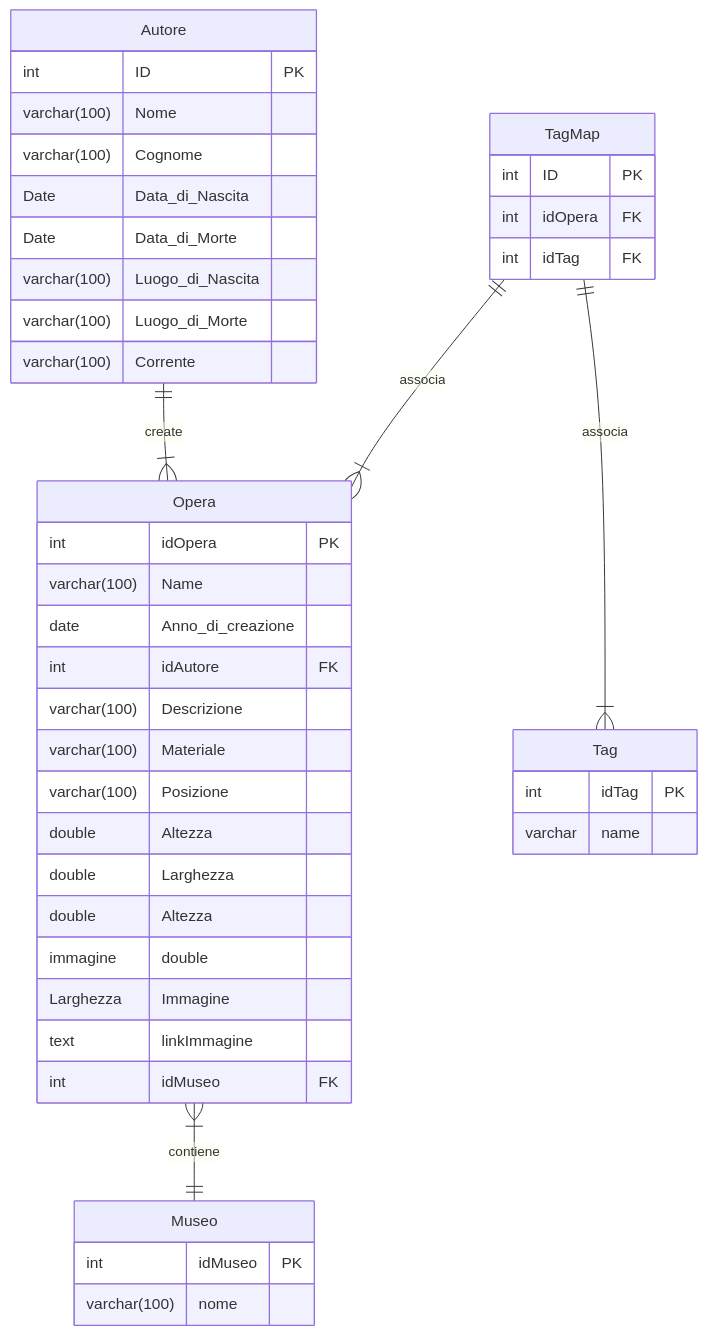
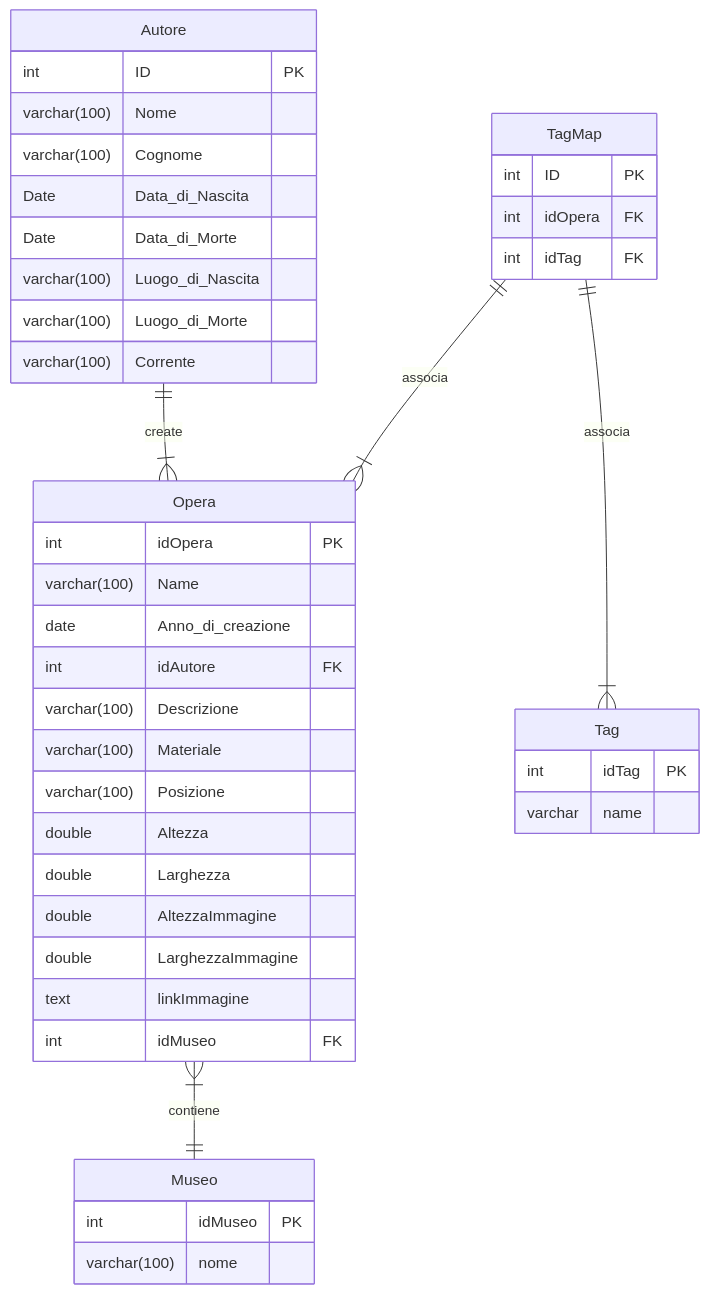
The diagram in Analisi/brainstorming.md (cvzzo/OnlyMuseum), drawn with Mermaid before and after one commit.

Commit message:
Update brainstorming.md
fixed spelling

````diff
--- a/Analisi/brainstorming.md
+++ b/Analisi/brainstorming.md
@@ -46,55 +46,55 @@
 ```mermaid
 erDiagram
     Opera {
         int idOpera PK
         varchar(100) Name
         date Anno_di_creazione
         int idAutore FK
         varchar(100) Descrizione
         varchar(100) Materiale
         varchar(100) Posizione
         double Altezza
         double Larghezza
-        double Altezza immagine
-        double Larghezza Immagine
+        double AltezzaImmagine
+        double LarghezzaImmagine
         text linkImmagine
         int idMuseo FK
         }
     Autore ||--|{ Opera:create
     Autore {
         int ID PK
         varchar(100) Nome
         varchar(100) Cognome
         Date Data_di_Nascita
         Date Data_di_Morte
         varchar(100) Luogo_di_Nascita
         varchar(100) Luogo_di_Morte
         varchar(100) Corrente
         }
     
     Museo {
         int idMuseo PK
         varchar(100) nome
     }
    
    Opera }|--|| Museo:contiene
 
     
     TagMap{
         int ID PK
         int idOpera FK
         int idTag FK
     }
 
     TagMap || -- |{ Tag: associa
 
     TagMap || -- |{ Opera: associa
 
 
     Tag{
     int idTag PK
     varchar name
     }
 
     
 ```
````
